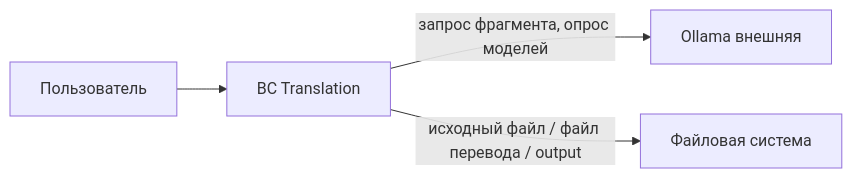
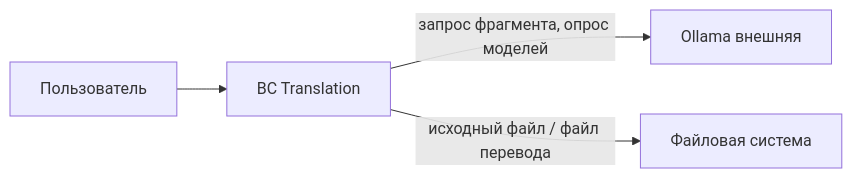
The diagram in requirements/domain-model.md (ILikeWorkingIT/TranslateText), drawn with Mermaid before and after one commit. The commit also changed other lines of this file and 47 other files, not shown here.

````diff
--- a/requirements/domain-model.md
+++ b/requirements/domain-model.md
@@ -45,10 +44,10 @@
 ```mermaid
 flowchart LR
   U[Пользователь]
   T[BC Translation]
   O[Ollama внешняя]
   FS[Файловая система]
   U --> T
   T -->|запрос фрагмента, опрос моделей| O
-  T -->|исходный файл / файл перевода / output| FS
+  T -->|исходный файл / файл перевода| FS
 ```
````
